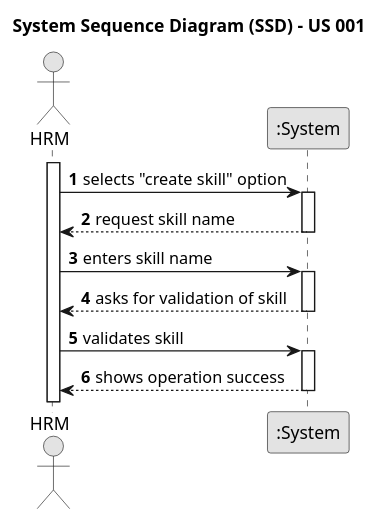
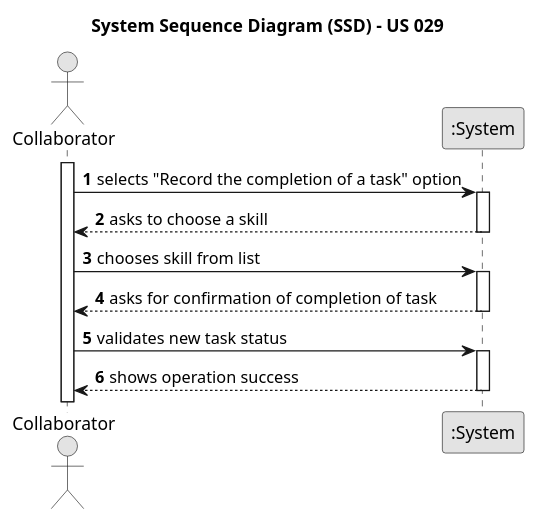
The diagram in docs/sprintC/us029/01.requirements-engineering/puml/us029-system-sequence-diagram.puml (Departamento-de-Engenharia-Informatica/lei-24-s2-1dm-g132), drawn with PlantUML before and after one commit. The commit also changed 17 other files, not shown here.

```diff
--- a/docs/sprintC/us029/01.requirements-engineering/puml/us029-system-sequence-diagram.puml
+++ b/docs/sprintC/us029/01.requirements-engineering/puml/us029-system-sequence-diagram.puml
@@ -1,28 +1,28 @@
 @startuml
 skinparam monochrome true
 skinparam packageStyle rectangle
 skinparam shadowing false
 
-title System Sequence Diagram (SSD) - US 001
+title System Sequence Diagram (SSD) - US 029
 
 autonumber
 
-actor "HRM" as HRM
+actor "Collaborator" as Employee
 participant ":System" as System
 
-activate HRM
+activate Employee
 
-    HRM -> System: selects "create skill" option
+    Employee -> System: selects "Record the completion of a task" option
     activate System
 
-         System --> HRM: request skill name
+         System --> Employee: asks to choose a skill
             deactivate System
-                HRM -> System: enters skill name
+                Employee -> System: chooses skill from list
                     activate System
-                       System --> HRM: asks for validation of skill
+                       System --> Employee: asks for confirmation of completion of task
                                 deactivate System
-                                                HRM -> System: validates skill
+                                                Employee -> System: validates new task status
                                                     activate System
-                                                                           System --> HRM: shows operation success
+                                                                           System --> Employee: shows operation success
                                                                                     deactivate System
 @enduml
```
